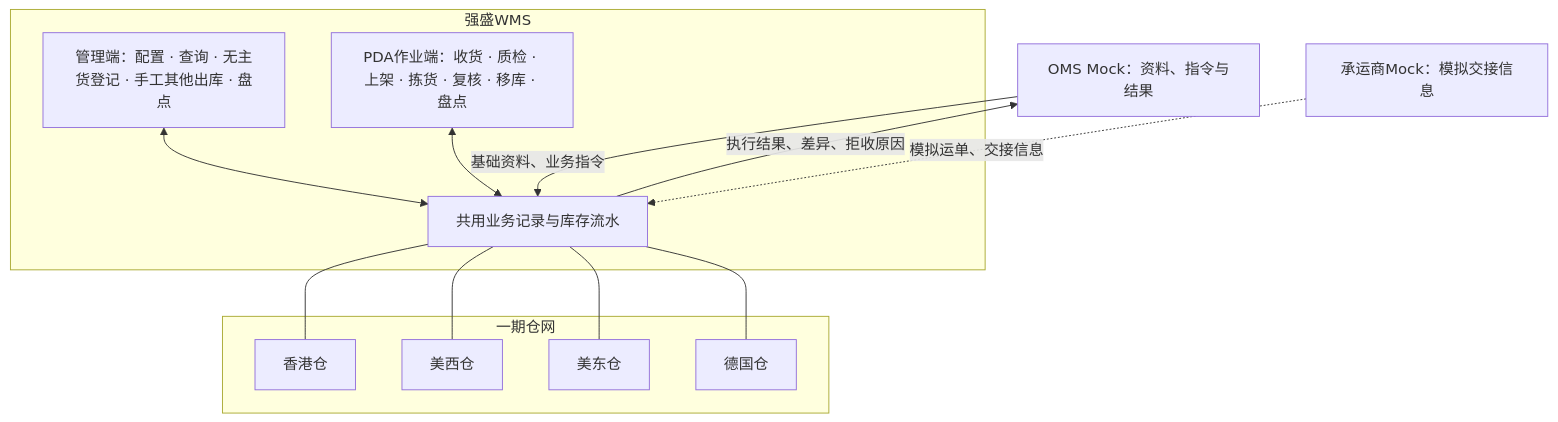
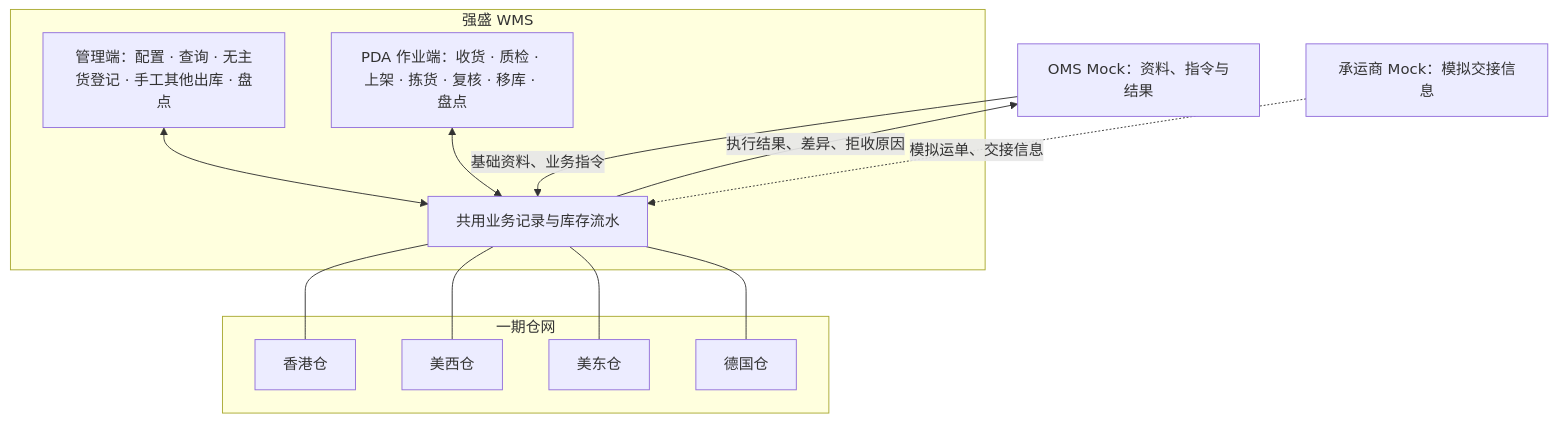
The first of 2 diagrams in 05-应用设计方案/20261002-MVP版本/系统架构设计/00-系统与模块地图.md (TopVitamin/QS-WMS-Project), drawn with Mermaid before and after one commit. The commit also changed other lines of this file and 82 other files, not shown here.

````diff
--- a/05-应用设计方案/20261002-MVP版本/系统架构设计/00-系统与模块地图.md
+++ b/05-应用设计方案/20261002-MVP版本/系统架构设计/00-系统与模块地图.md
@@ -19,25 +16,25 @@
 ```mermaid
 flowchart TB
     M[OMS Mock：资料、指令与结果]
-    L[承运商Mock：模拟交接信息]
-    subgraph WMS[强盛WMS]
+    L[承运商 Mock：模拟交接信息]
+    subgraph WMS[强盛 WMS]
         A[管理端：配置 · 查询 · 无主货登记 · 手工其他出库 · 盘点]
-        P[PDA作业端：收货 · 质检 · 上架 · 拣货 · 复核 · 移库 · 盘点]
+        P[PDA 作业端：收货 · 质检 · 上架 · 拣货 · 复核 · 移库 · 盘点]
         S[共用业务记录与库存流水]
         A <--> S
         P <--> S
     end
     subgraph 一期仓网
         HK[香港仓]
         US[美西仓]
         UE[美东仓]
         DE[德国仓]
     end
     M -->|基础资料、业务指令| S
     S -->|执行结果、差异、拒收原因| M
     L -.->|模拟运单、交接信息| S
     S --- HK
     S --- US
     S --- UE
     S --- DE
 ```
````
